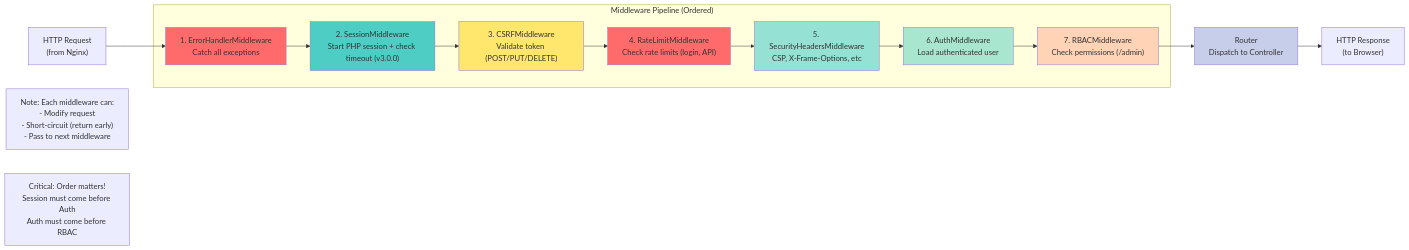
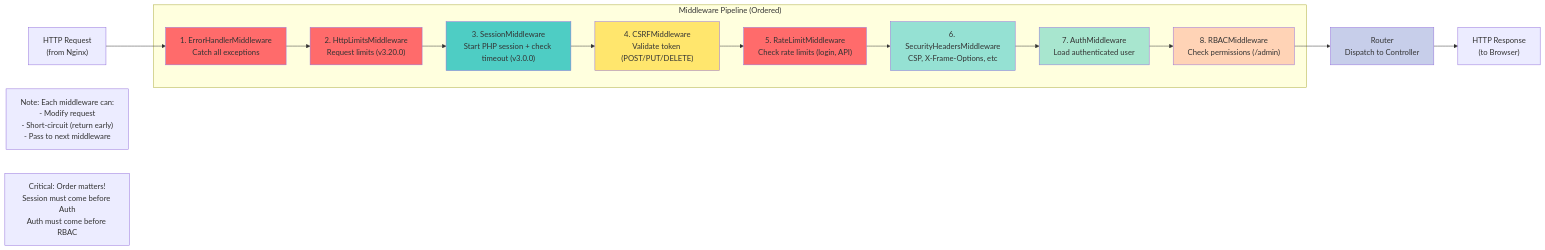
One commit to SLAED-CMS/LAAS changed the diagram in docs/diagrams/middleware-pipeline.mmd. Above: the diagram before and after it, drawn with Mermaid. The commit also changed 23 other files, not shown here.

```diff
--- a/docs/diagrams/middleware-pipeline.mmd
+++ b/docs/diagrams/middleware-pipeline.mmd
@@ -1,41 +1,44 @@
 graph LR
     %% LAAS CMS v3.0.0 - Middleware Pipeline
     %% 7 middlewares in strict order (Session before Auth, Auth before RBAC)
     %% Security: CSRF, Rate Limiting, CSP, HSTS, RBAC, API Auth, Session Timeout, SSRF Protection
     %% Performance: Total overhead 5-10ms
-    %% Version: v3.0.0 (2026-01-12)
+    %% Version: v4.0.0 (2026-01-16)
 
     Request["HTTP Request<br/>(from Nginx)"] --> ErrorHandler
 
     subgraph Pipeline["Middleware Pipeline (Ordered)"]
         ErrorHandler["1. ErrorHandlerMiddleware<br/>Catch all exceptions"]
-        Session["2. SessionMiddleware<br/>Start PHP session + check timeout (v3.0.0)"]
-        CSRF["3. CSRFMiddleware<br/>Validate token (POST/PUT/DELETE)"]
-        RateLimit["4. RateLimitMiddleware<br/>Check rate limits (login, API)"]
-        Security["5. SecurityHeadersMiddleware<br/>CSP, X-Frame-Options, etc"]
-        Auth["6. AuthMiddleware<br/>Load authenticated user"]
-        RBAC["7. RBACMiddleware<br/>Check permissions (/admin)"]
+        HttpLimits["2. HttpLimitsMiddleware<br/>Request limits (v3.20.0)"]
+        Session["3. SessionMiddleware<br/>Start PHP session + check timeout (v3.0.0)"]
+        CSRF["4. CSRFMiddleware<br/>Validate token (POST/PUT/DELETE)"]
+        RateLimit["5. RateLimitMiddleware<br/>Check rate limits (login, API)"]
+        Security["6. SecurityHeadersMiddleware<br/>CSP, X-Frame-Options, etc"]
+        Auth["7. AuthMiddleware<br/>Load authenticated user"]
+        RBAC["8. RBACMiddleware<br/>Check permissions (/admin)"]
 
-        ErrorHandler --> Session
+        ErrorHandler --> HttpLimits
+        HttpLimits --> Session
         Session --> CSRF
         CSRF --> RateLimit
         RateLimit --> Security
         Security --> Auth
         Auth --> RBAC
     end
 
     RBAC --> Router["Router<br/>Dispatch to Controller"]
     Router --> Response["HTTP Response<br/>(to Browser)"]
 
     style ErrorHandler fill:#ff6b6b
+    style HttpLimits fill:#ff6b6b
     style Session fill:#4ecdc4
     style CSRF fill:#ffe66d
     style RateLimit fill:#ff6b6b
     style Security fill:#95e1d3
     style Auth fill:#a8e6cf
     style RBAC fill:#ffd3b6
     style Router fill:#c7ceea
 
     %% Notes
     Note1["Note: Each middleware can:<br/>- Modify request<br/>- Short-circuit (return early)<br/>- Pass to next middleware"]
     Note2["Critical: Order matters!<br/>Session must come before Auth<br/>Auth must come before RBAC"]
```
